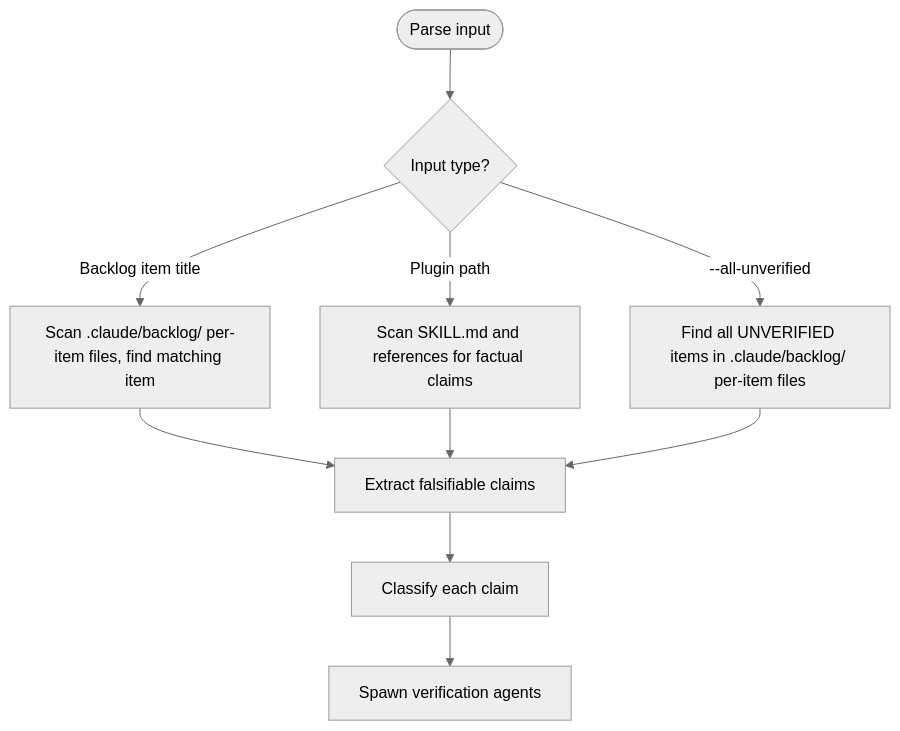
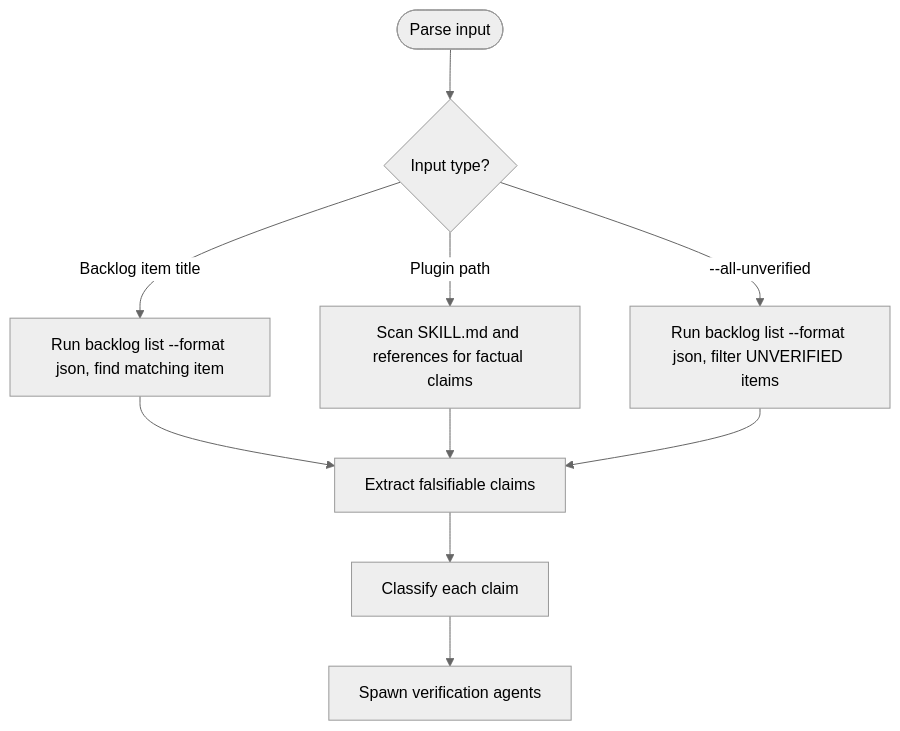
The first of 2 diagrams in .claude/skills/fact-check/SKILL.md (chgreer1070/claude_skills), drawn with Mermaid (neutral theme) before and after one commit. The commit also changed 11 other files, not shown here.

````diff
--- a/.claude/skills/fact-check/SKILL.md
+++ b/.claude/skills/fact-check/SKILL.md
@@ -59,12 +59,12 @@
 ```mermaid
 flowchart TD
     Start([Parse input]) --> Q{Input type?}
-    Q -->|Backlog item title| ReadBacklog[Scan .claude/backlog/ per-item files, find matching item]
+    Q -->|Backlog item title| ReadBacklog[Run backlog list --format json, find matching item]
     Q -->|Plugin path| ScanFiles[Scan SKILL.md and references for factual claims]
-    Q -->|--all-unverified| FindAll[Find all UNVERIFIED items in .claude/backlog/ per-item files]
+    Q -->|--all-unverified| FindAll[Run backlog list --format json, filter UNVERIFIED items]
     ReadBacklog --> Extract[Extract falsifiable claims]
     ScanFiles --> Extract
     FindAll --> Extract
     Extract --> Classify[Classify each claim]
     Classify --> Spawn[Spawn verification agents]
 ```
````
